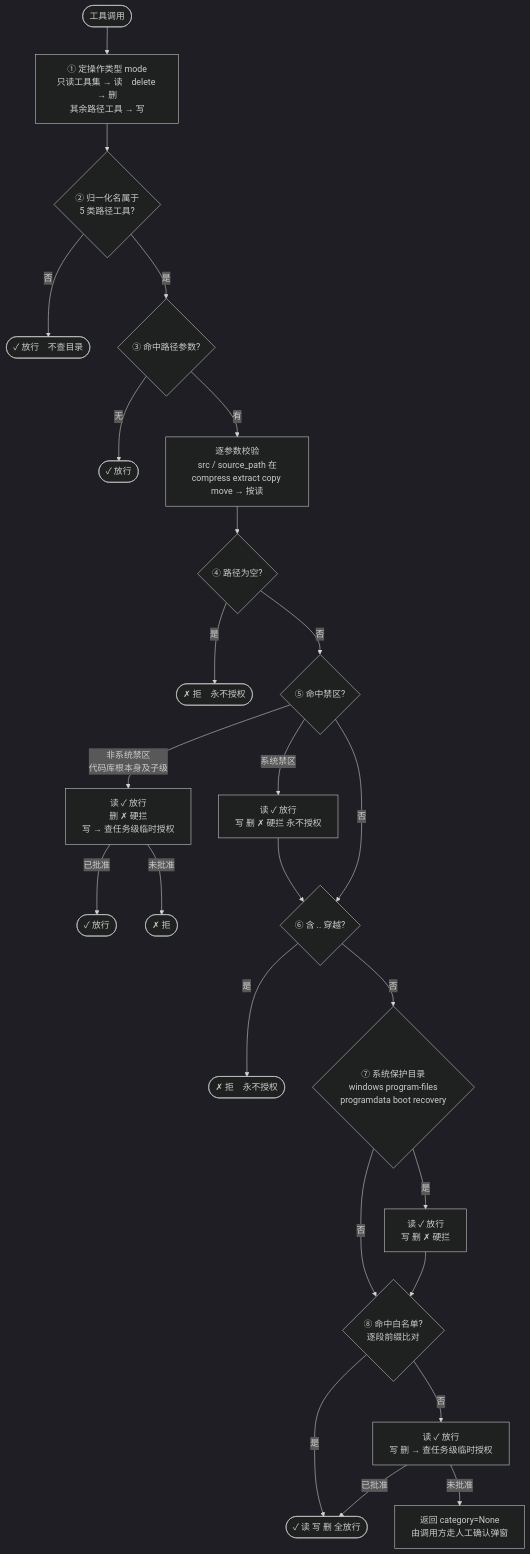
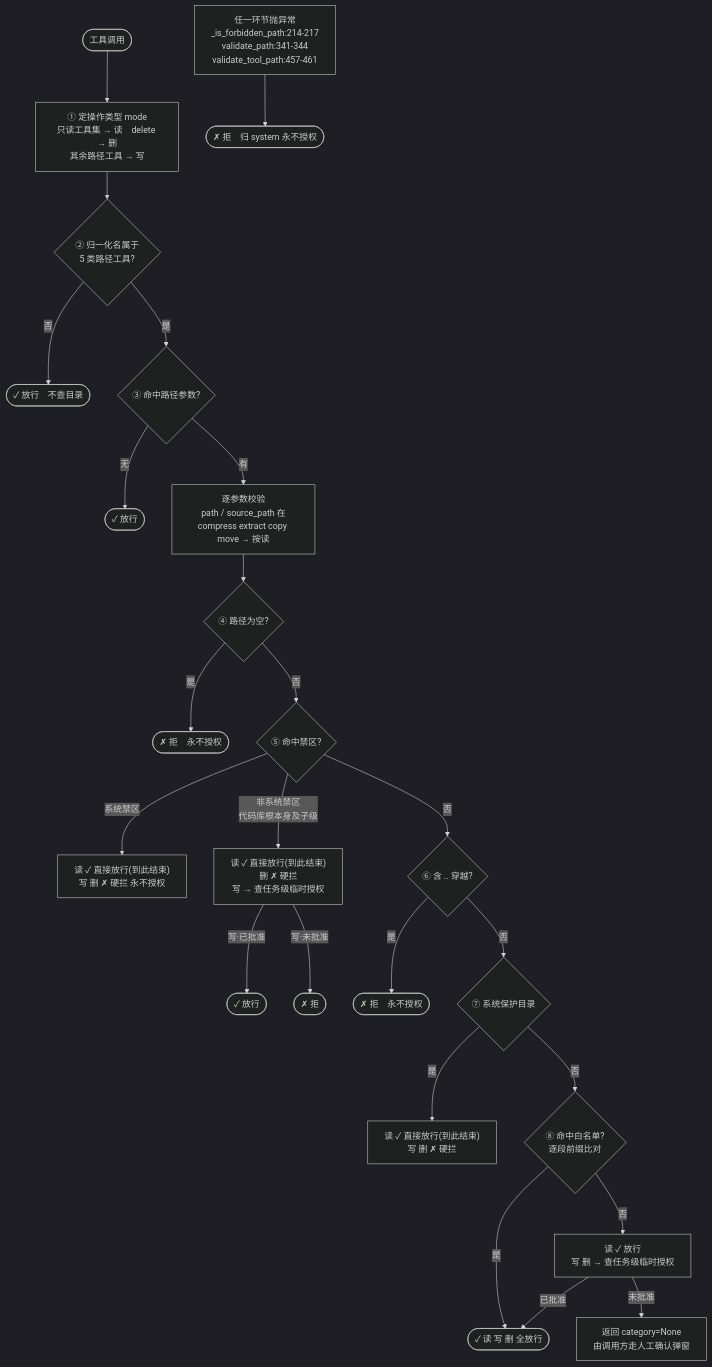
One commit to joshuachendyb/OmniAgentAst changed the first of 2 diagrams in doc-10月优化/[11]会话事务workspace及插话开关设计-小欧-2026-10-06.md. Above: the diagram before and after it, drawn with Mermaid (dark theme). The commit also changed other lines of this file, not shown here.

Commit message:
docs:[11]会话事务workspace及插话开关设计 一致性复查修8项+mermaid落定+ASCII纯文本版恢复+守护测试增至9条+验证门扩至10项+safety_gate路径修正 - 小欧-2026-10-06

````diff
--- a/doc-10月优化/[11]会话事务workspace及插话开关设计-小欧-2026-10-06.md
+++ b/doc-10月优化/[11]会话事务workspace及插话开关设计-小欧-2026-10-06.md
@@ -1265,29 +1304,29 @@
 ```mermaid
 graph TD
     S([工具调用]) --> M["① 定操作类型 mode<br/>只读工具集 → 读　delete → 删<br/>其余路径工具 → 写"]
     M --> T2{"② 归一化名属于<br/>5 类路径工具?"}
     T2 -->|否| P2(["✓ 放行　不查目录"])
     T2 -->|是| T3{"③ 命中路径参数?"}
     T3 -->|无| P3(["✓ 放行"])
-    T3 -->|有| LP["逐参数校验<br/>src / source_path 在<br/>compress extract copy move → 按读"]
+    T3 -->|有| LP["逐参数校验<br/>path / source_path 在<br/>compress extract copy move → 按读"]
     LP --> T4{"④ 路径为空?"}
     T4 -->|是| X4(["✗ 拒　永不授权"])
     T4 -->|否| T5{"⑤ 命中禁区?"}
 
-    T5 -->|系统禁区| F5S["读 ✓ 放行<br/>写 删 ✗ 硬拦 永不授权"]
-    T5 -->|非系统禁区<br/>代码库根本身及子级| F5N["读 ✓ 放行<br/>删 ✗ 硬拦<br/>写 → 查任务级临时授权"]
-    F5N -->|已批准| P5(["✓ 放行"])
-    F5N -->|未批准| X5(["✗ 拒"])
-    F5S --> T6
+    T5 -->|系统禁区| F5S["读 ✓ 直接放行(到此结束)<br/>写 删 ✗ 硬拦 永不授权"]
+    T5 -->|非系统禁区<br/>代码库根本身及子级| F5N["读 ✓ 直接放行(到此结束)<br/>删 ✗ 硬拦<br/>写 → 查任务级临时授权"]
+    F5N -->|写·已批准| P5(["✓ 放行"])
+    F5N -->|写·未批准| X5(["✗ 拒"])
 
     T5 -->|否| T6{"⑥ 含 .. 穿越?"}
     T6 -->|是| X6(["✗ 拒　永不授权"])
-    T6 -->|否| T7{"⑦ 系统保护目录<br/>windows program-files<br/>programdata boot recovery"}
-    T7 -->|是| F7["读 ✓ 放行<br/>写 删 ✗ 硬拦"]
+    T6 -->|否| T7{"⑦ 系统保护目录"}
+    T7 -->|是| F7["读 ✓ 直接放行(到此结束)<br/>写 删 ✗ 硬拦"]
     T7 -->|否| T8{"⑧ 命中白名单?<br/>逐段前缀比对"}
-    F7 --> T8
     T8 -->|是| P8(["✓ 读 写 删 全放行"])
     T8 -->|否| F8["读 ✓ 放行<br/>写 删 → 查任务级临时授权"]
     F8 -->|已批准| P8
     F8 -->|未批准| HITL["返回 category=None<br/>由调用方走人工确认弹窗"]
+
+    ERR["任一环节抛异常<br/>_is_forbidden_path:214-217<br/>validate_path:341-344<br/>validate_tool_path:457-461"] --> XE(["✗ 拒　归 system 永不授权"])
 ```
````
